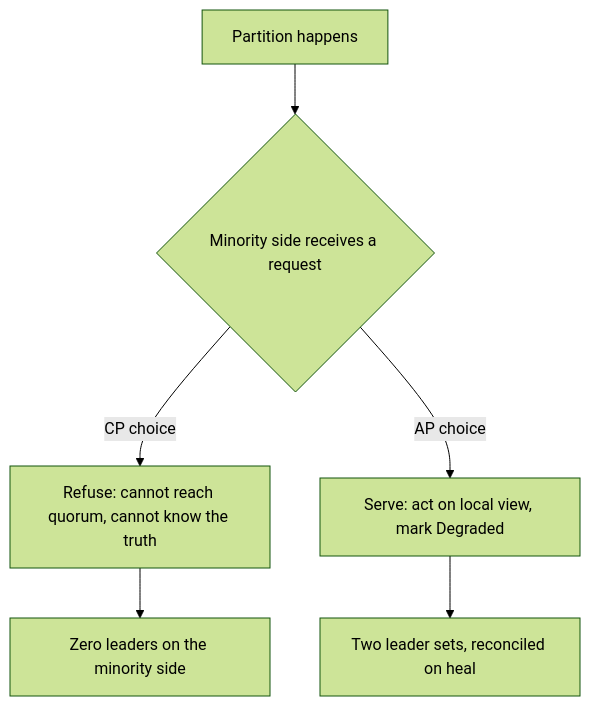
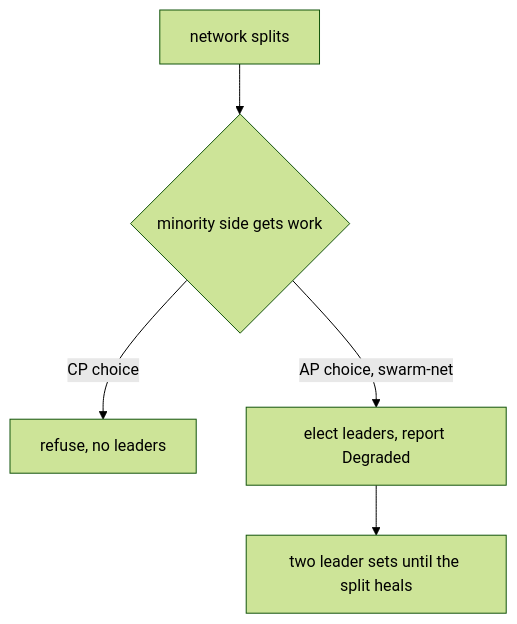
The diagram in docs/concepts/split-brain-and-quorum.md (Aditya-Jyoti/swarm-communication), drawn with Mermaid (forest theme) before and after one commit. The commit also changed other lines of this file and 2 other files, not shown here.

Commit message:
docs(concepts): simplify election, health seam and quorum pages

````diff
--- a/docs/concepts/split-brain-and-quorum.md
+++ b/docs/concepts/split-brain-and-quorum.md
@@ -102,8 +37,7 @@
 ```mermaid
 flowchart TD
-    P[Partition happens] --> Q{Minority side receives a request}
-    Q -->|CP choice| H[Refuse: cannot reach quorum, cannot know the truth]
-    Q -->|AP choice| S[Serve: act on local view, mark Degraded]
-    H --> H2[Zero leaders on the minority side]
-    S --> S2[Two leader sets, reconciled on heal]
+    P[network splits] --> Q{minority side gets work}
+    Q -->|CP choice| R[refuse, no leaders]
+    Q -->|AP choice, swarm-net| S[elect leaders, report Degraded]
+    S --> H[two leader sets until the split heals]
 ```
````
